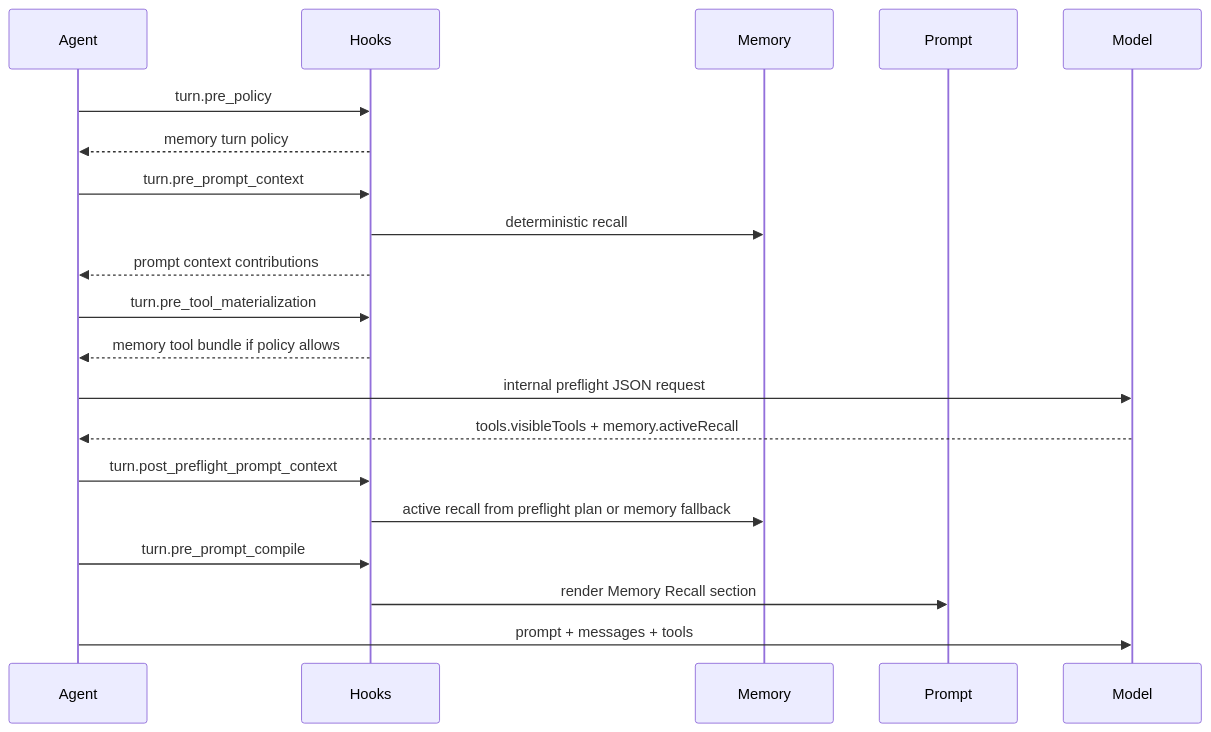
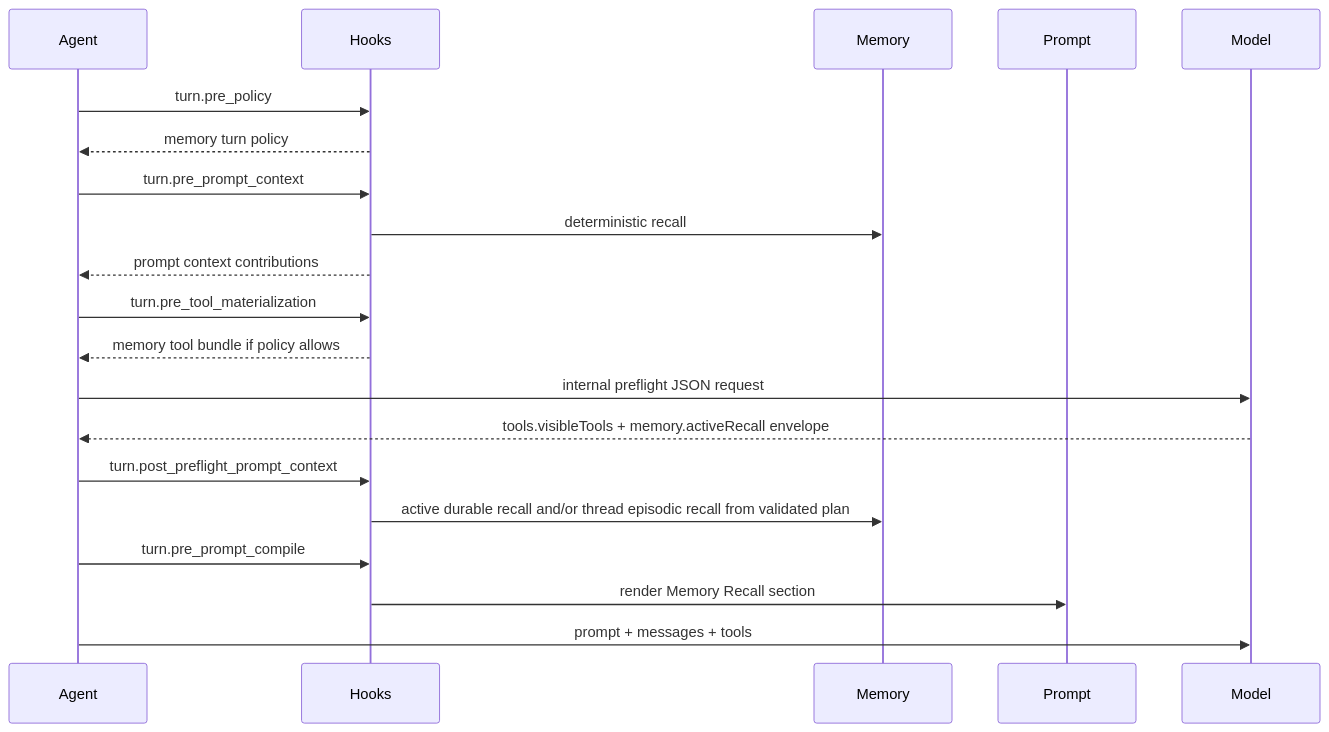
Before and after one commit to pioneerdotai/docs: the third of 3 diagrams in architecture/memory.mdx, drawn with Mermaid. The commit also changed other lines of this file and 25 other files, not shown here.

Commit message:
Introduce thread episodic context for conversation recall

````diff
--- a/architecture/memory.mdx
+++ b/architecture/memory.mdx
@@ -114,23 +134,23 @@
 ```mermaid
 sequenceDiagram
   participant Agent
   participant Hooks
   participant Memory
   participant Prompt
   participant Model
 
   Agent->>Hooks: turn.pre_policy
   Hooks-->>Agent: memory turn policy
   Agent->>Hooks: turn.pre_prompt_context
   Hooks->>Memory: deterministic recall
   Hooks-->>Agent: prompt context contributions
   Agent->>Hooks: turn.pre_tool_materialization
   Hooks-->>Agent: memory tool bundle if policy allows
   Agent->>Model: internal preflight JSON request
-  Model-->>Agent: tools.visibleTools + memory.activeRecall
+  Model-->>Agent: tools.visibleTools + memory.activeRecall envelope
   Agent->>Hooks: turn.post_preflight_prompt_context
-  Hooks->>Memory: active recall from preflight plan or memory fallback
+  Hooks->>Memory: active durable recall and/or thread episodic recall from validated plan
   Agent->>Hooks: turn.pre_prompt_compile
   Hooks->>Prompt: render Memory Recall section
   Agent->>Model: prompt + messages + tools
 ```
````
